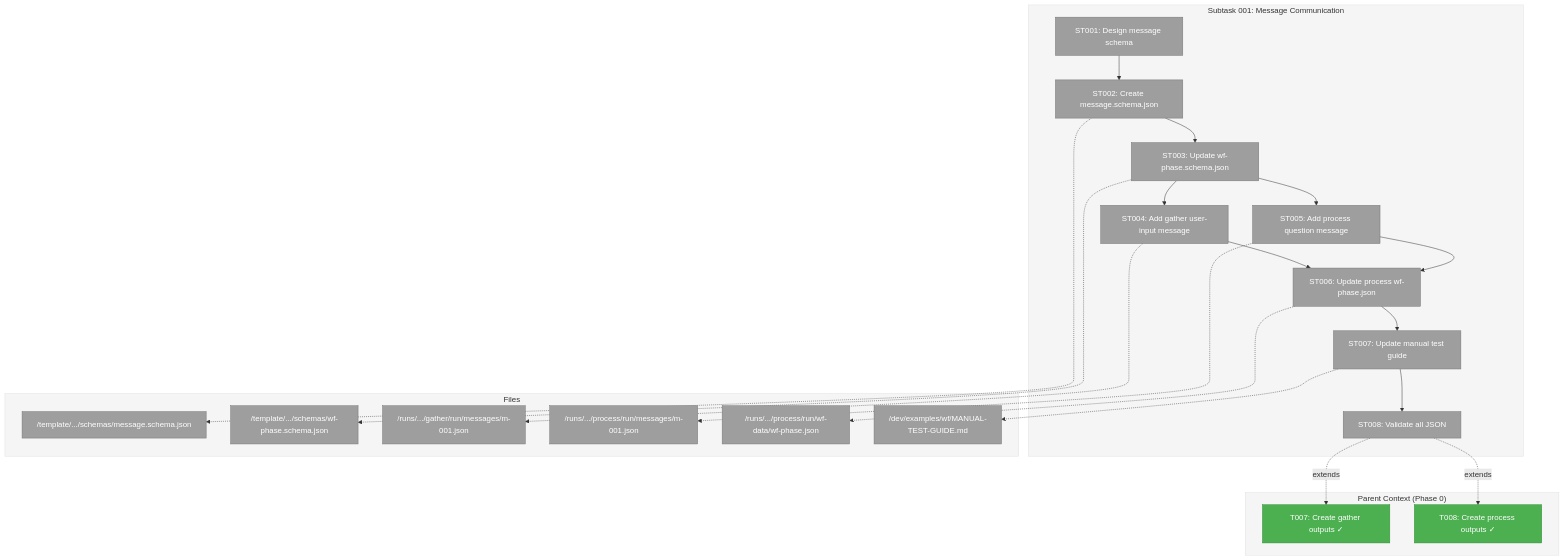
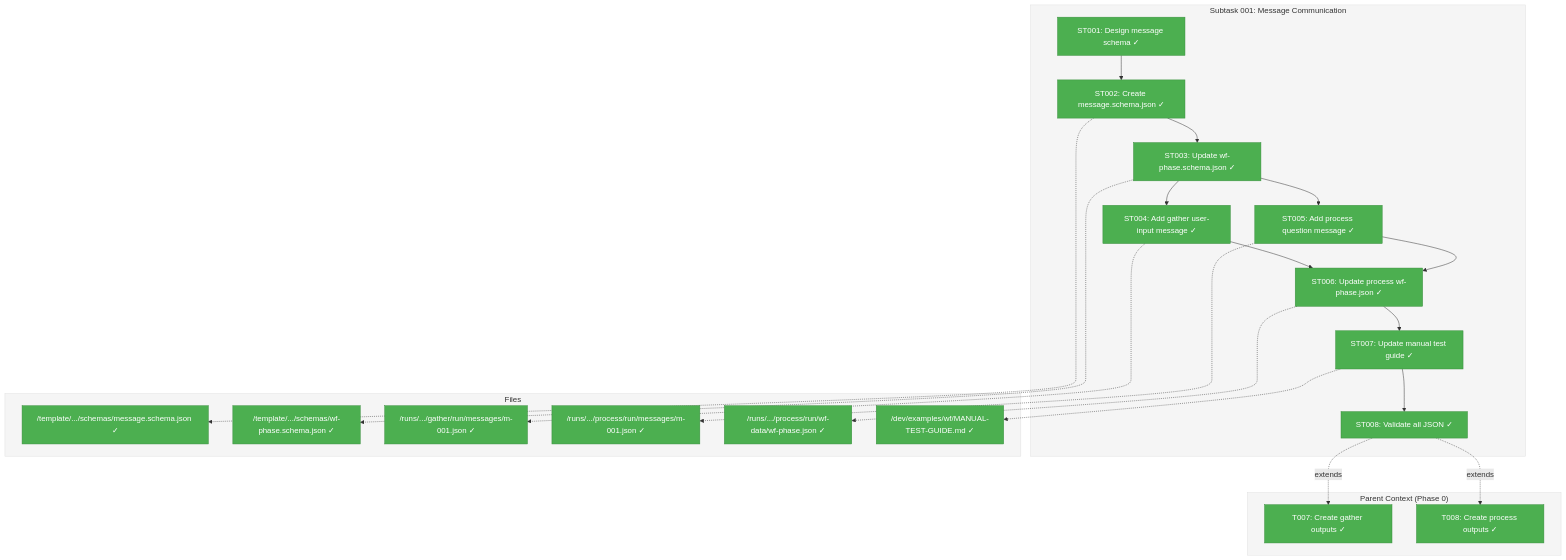
Before and after one commit to AI-Substrate/chainglass: the first of 4 diagrams in docs/plans/003-wf-basics/tasks/phase-0-development-exemplar/001-subtask-message-communication.md, drawn with Mermaid. The commit also changed other lines of this file and 21 other files, not shown here.

````diff
--- a/docs/plans/003-wf-basics/tasks/phase-0-development-exemplar/001-subtask-message-communication.md
+++ b/docs/plans/003-wf-basics/tasks/phase-0-development-exemplar/001-subtask-message-communication.md
@@ -104,54 +104,54 @@
 ```mermaid
 flowchart TD
     classDef pending fill:#9E9E9E,stroke:#757575,color:#fff
     classDef inprogress fill:#FF9800,stroke:#F57C00,color:#fff
     classDef completed fill:#4CAF50,stroke:#388E3C,color:#fff
     classDef blocked fill:#F44336,stroke:#D32F2F,color:#fff
 
     style Parent fill:#F5F5F5,stroke:#E0E0E0
     style Subtask fill:#F5F5F5,stroke:#E0E0E0
     style Files fill:#F5F5F5,stroke:#E0E0E0
 
     subgraph Parent["Parent Context (Phase 0)"]
         T007["T007: Create gather outputs ✓"]:::completed
         T008["T008: Create process outputs ✓"]:::completed
     end
 
     subgraph Subtask["Subtask 001: Message Communication"]
-        ST001["ST001: Design message schema"]:::pending
-        ST002["ST002: Create message.schema.json"]:::pending
-        ST003["ST003: Update wf-phase.schema.json"]:::pending
-        ST004["ST004: Add gather user-input message"]:::pending
-        ST005["ST005: Add process question message"]:::pending
-        ST006["ST006: Update process wf-phase.json"]:::pending
-        ST007["ST007: Update manual test guide"]:::pending
-        ST008["ST008: Validate all JSON"]:::pending
+        ST001["ST001: Design message schema ✓"]:::completed
+        ST002["ST002: Create message.schema.json ✓"]:::completed
+        ST003["ST003: Update wf-phase.schema.json ✓"]:::completed
+        ST004["ST004: Add gather user-input message ✓"]:::completed
+        ST005["ST005: Add process question message ✓"]:::completed
+        ST006["ST006: Update process wf-phase.json ✓"]:::completed
+        ST007["ST007: Update manual test guide ✓"]:::completed
+        ST008["ST008: Validate all JSON ✓"]:::completed
 
         ST001 --> ST002
         ST002 --> ST003
         ST003 --> ST004
         ST003 --> ST005
         ST004 --> ST006
         ST005 --> ST006
         ST006 --> ST007
         ST007 --> ST008
     end
 
     subgraph Files["Files"]
-        F1["/template/.../schemas/message.schema.json"]:::pending
-        F2["/template/.../schemas/wf-phase.schema.json"]:::pending
-        F3["/runs/.../gather/run/messages/m-001.json"]:::pending
-        F4["/runs/.../process/run/messages/m-001.json"]:::pending
-        F5["/runs/.../process/run/wf-data/wf-phase.json"]:::pending
-        F6["/dev/examples/wf/MANUAL-TEST-GUIDE.md"]:::pending
+        F1["/template/.../schemas/message.schema.json ✓"]:::completed
+        F2["/template/.../schemas/wf-phase.schema.json ✓"]:::completed
+        F3["/runs/.../gather/run/messages/m-001.json ✓"]:::completed
+        F4["/runs/.../process/run/messages/m-001.json ✓"]:::completed
+        F5["/runs/.../process/run/wf-data/wf-phase.json ✓"]:::completed
+        F6["/dev/examples/wf/MANUAL-TEST-GUIDE.md ✓"]:::completed
     end
 
     ST002 -.-> F1
     ST003 -.-> F2
     ST004 -.-> F3
     ST005 -.-> F4
     ST006 -.-> F5
     ST007 -.-> F6
     ST008 -.->|extends| T007
     ST008 -.->|extends| T008
 ```
````
